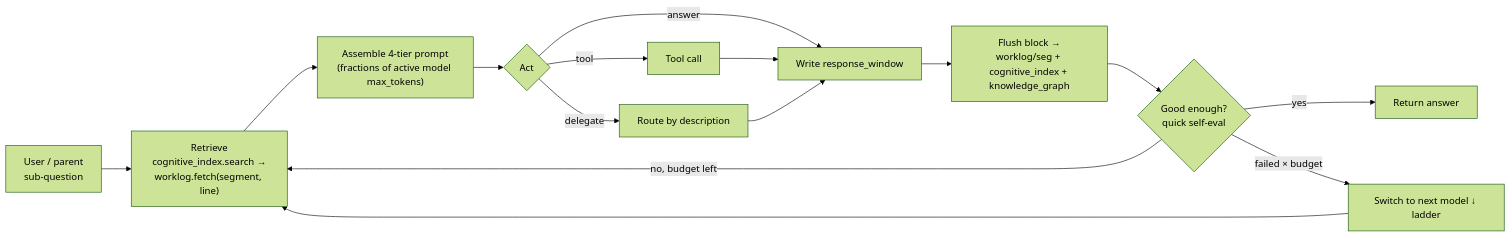
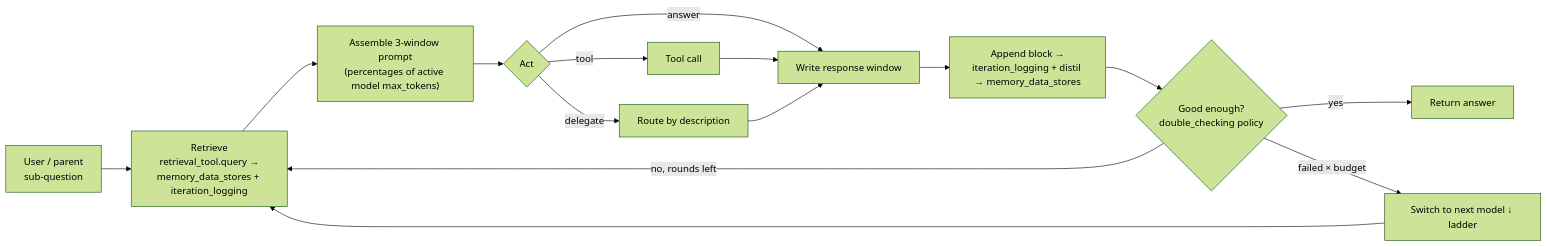
The diagram in ai-c4y/planning/planning.md (NguyenPhamCode4You/ai-home-lab-docker-compose), drawn with Mermaid (forest theme) before and after one commit. The commit also changed other lines of this file and 1 other file, not shown here.

````diff
--- a/ai-c4y/planning/planning.md
+++ b/ai-c4y/planning/planning.md
@@ -237,17 +287,17 @@
 ```mermaid
 flowchart LR
-    Q["User / parent<br/>sub-question"] --> R["Retrieve<br/>cognitive_index.search →<br/>worklog.fetch(segment, line)"]
-    R --> A["Assemble 4-tier prompt<br/>(fractions of active model max_tokens)"]
+    Q["User / parent<br/>sub-question"] --> R["Retrieve<br/>retrieval_tool.query →<br/>memory_data_stores + iteration_logging"]
+    R --> A["Assemble 3-window prompt<br/>(percentages of active model max_tokens)"]
     A --> M{"Act"}
     M -->|tool| T["Tool call"]
     M -->|delegate| D["Route by description"]
-    M -->|answer| W["Write response_window"]
+    M -->|answer| W["Write response window"]
     T --> W
     D --> W
-    W --> F["Flush block →<br/>worklog/seg + cognitive_index + knowledge_graph"]
-    F --> E{"Good enough?<br/>quick self-eval"}
+    W --> F["Append block →<br/>iteration_logging + distil → memory_data_stores"]
+    F --> E{"Good enough?<br/>double_checking policy"}
     E -->|"yes"| DONE["Return answer"]
-    E -->|"no, budget left"| R
+    E -->|"no, rounds left"| R
     E -->|"failed × budget"| S["Switch to next model ↓ ladder"]
     S --> R
 ```
````
